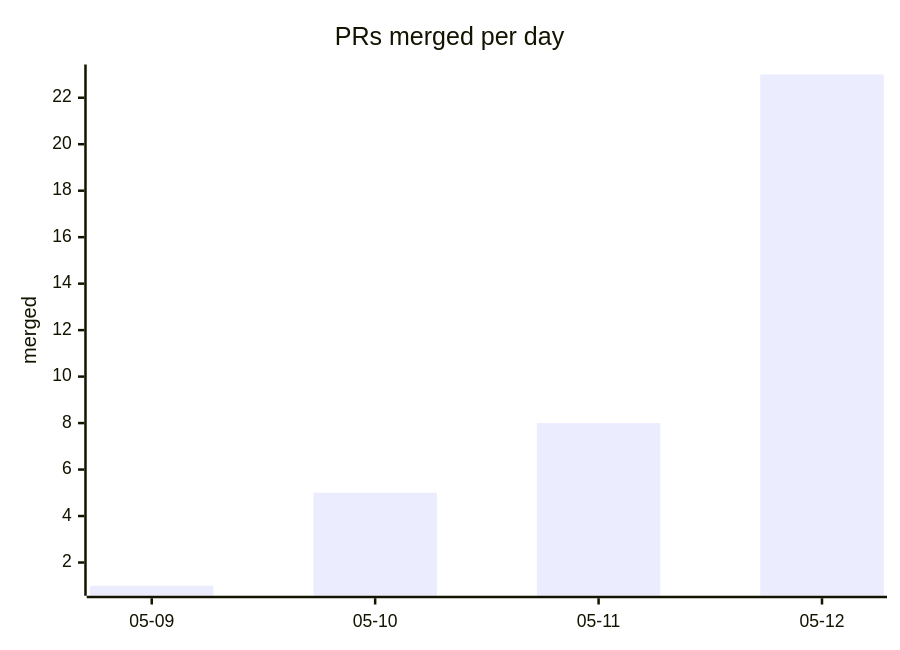
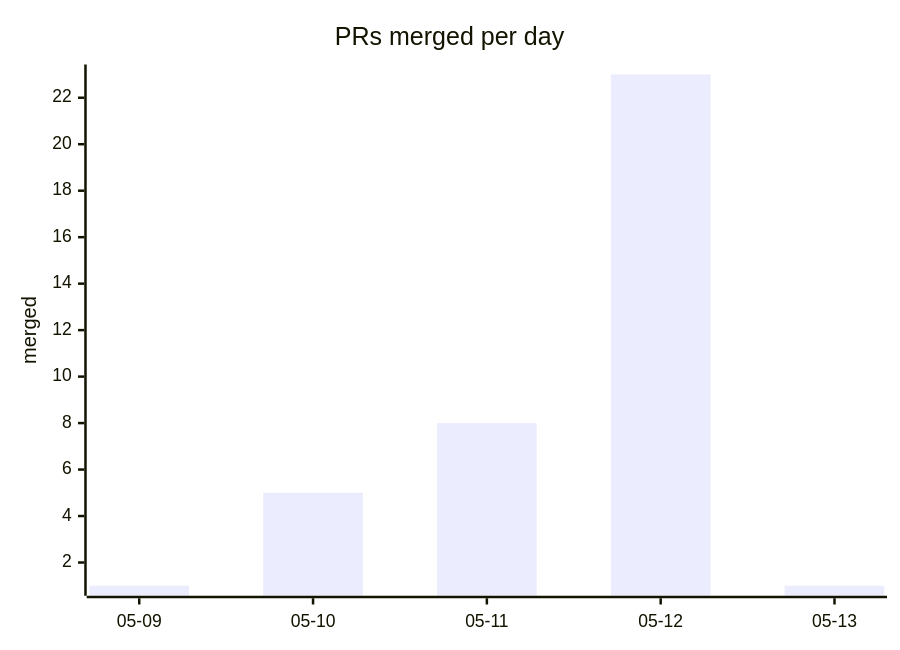
Before and after one commit to kimjune01/kimjune01: the second of 2 diagrams in README.md, drawn with Mermaid. The commit also changed other lines of this file and 1 other file, not shown here.

````diff
--- a/README.md
+++ b/README.md
@@ -17,7 +17,7 @@
 ```mermaid
 xychart-beta
     title "PRs merged per day"
-    x-axis ["05-09", "05-10", "05-11", "05-12"]
+    x-axis ["05-09", "05-10", "05-11", "05-12", "05-13"]
     y-axis "merged"
-    bar [1, 5, 8, 23]
+    bar [1, 5, 8, 23, 1]
 ```
````
